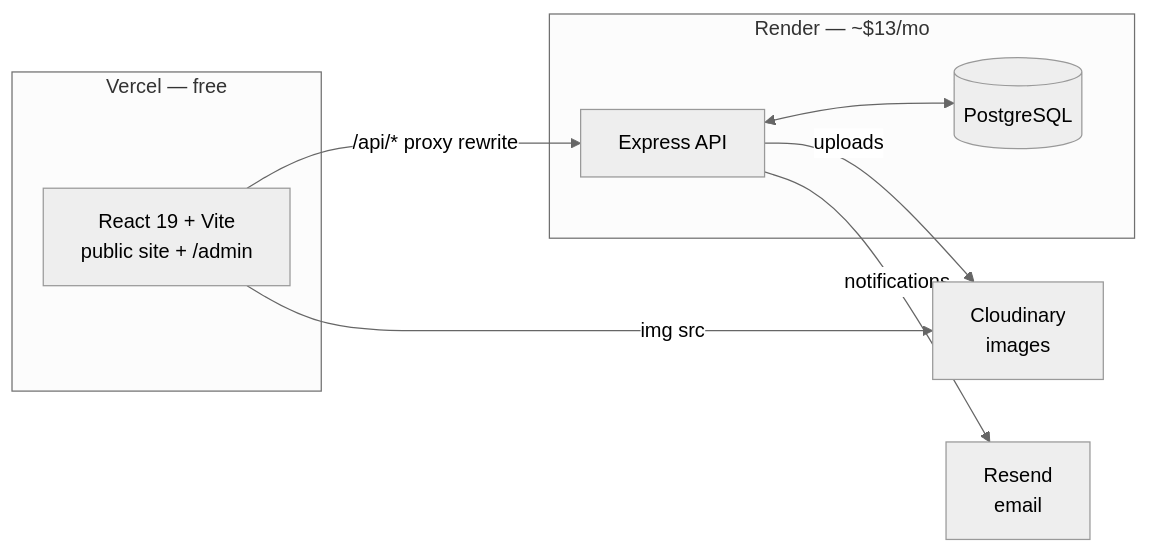
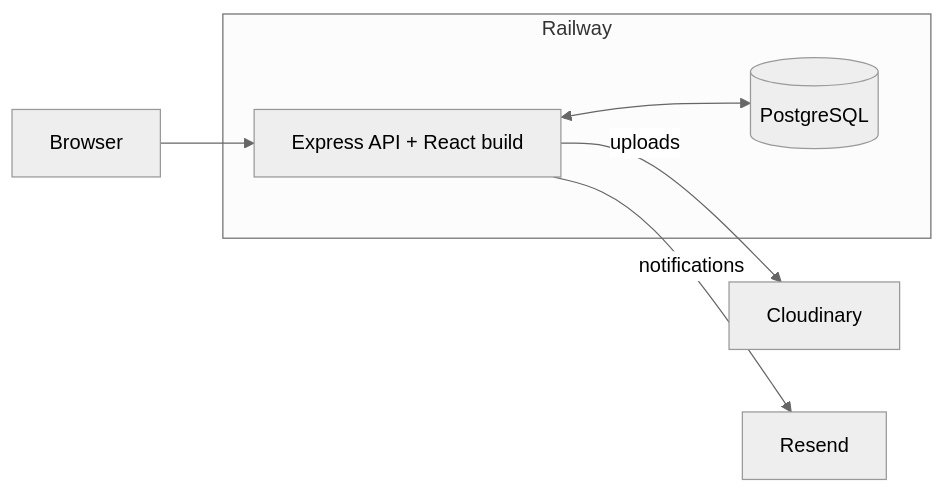
Before and after one commit to Yoni-Berihun/Yonatan-Developer-Chronicle: the diagram in README.md, drawn with Mermaid (neutral theme). The commit also changed other lines of this file and 17 other files, not shown here.

````diff
--- a/README.md
+++ b/README.md
@@ -42,18 +38,13 @@
 ```mermaid
 flowchart LR
-    subgraph V["Vercel — free"]
-        W["React 19 + Vite<br/>public site + /admin"]
-    end
-    subgraph R["Render — ~$13/mo"]
-        A["Express API"]
+    subgraph railway [Railway]
+        A["Express API + React build"]
         D[("PostgreSQL")]
         A <--> D
     end
-    C["Cloudinary<br/>images"]
-    E["Resend<br/>email"]
-
-    W -- "/api/* proxy rewrite" --> A
-    W -- "img src" --> C
+    C["Cloudinary"]
+    E["Resend"]
+    browser[Browser] --> A
     A -- uploads --> C
     A -- notifications --> E
 ```
````
